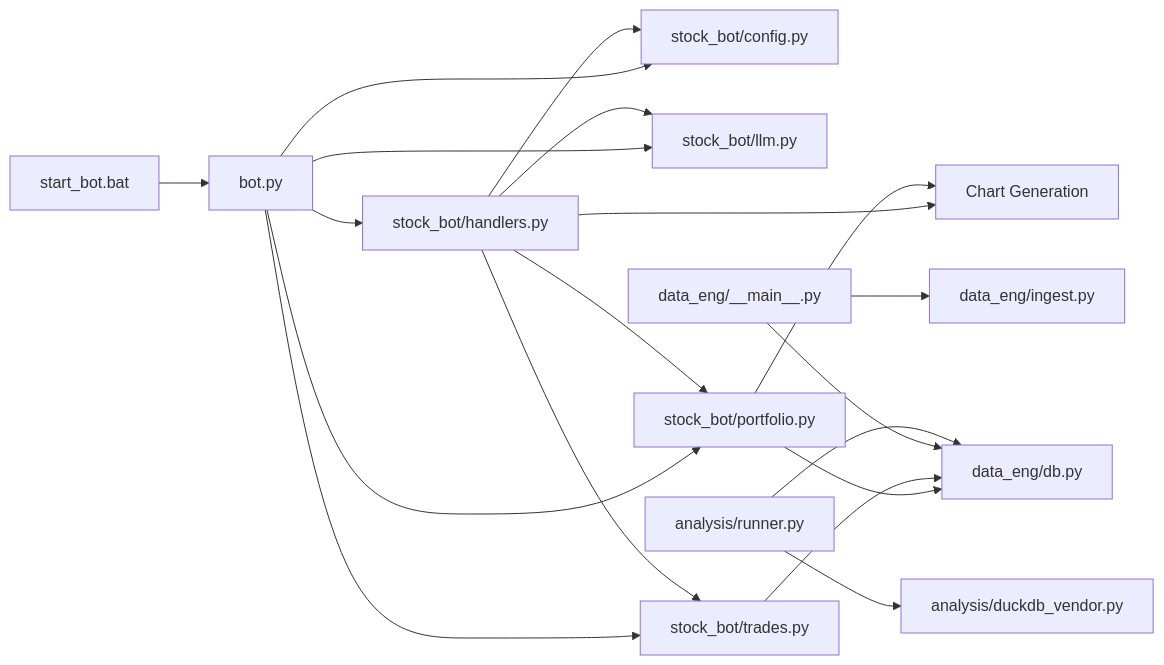
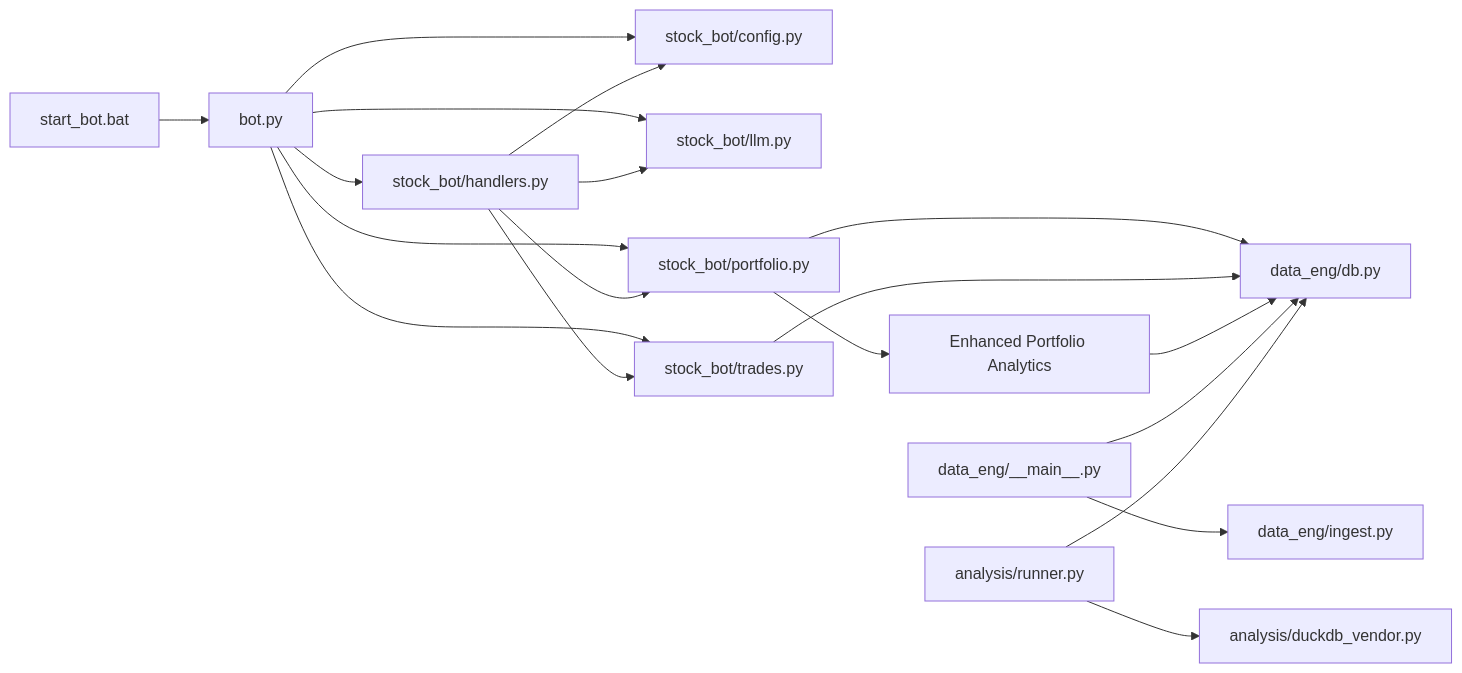
The seventh of 7 diagrams in .qoder/repowiki/en/content/Core Components/Stock Trading Bot.md (ZengSeng/telegram-bot), drawn with Mermaid before and after one commit. The commit also changed other lines of this file and 10 other files, not shown here.

````diff
--- a/.qoder/repowiki/en/content/Core Components/Stock Trading Bot.md
+++ b/.qoder/repowiki/en/content/Core Components/Stock Trading Bot.md
@@ -541,21 +656,21 @@
 ```mermaid
 graph LR
 BOT["bot.py"] --> HANDLERS["stock_bot/handlers.py"]
 BOT --> CFG["stock_bot/config.py"]
 BOT --> LLM["stock_bot/llm.py"]
 BOT --> PORTFOLIO["stock_bot/portfolio.py"]
 BOT --> TRADES["stock_bot/trades.py"]
 HANDLERS --> PORTFOLIO
 HANDLERS --> TRADES
 HANDLERS --> LLM
 HANDLERS --> CFG
-HANDLERS --> CHARTS["Chart Generation"]
+PORTFOLIO --> PORTFOLIO_ANALYTICS["Enhanced Portfolio Analytics"]
 PORTFOLIO --> DB["data_eng/db.py"]
 TRADES --> DB
-PORTFOLIO --> CHARTS
+PORTFOLIO_ANALYTICS --> DB
 DATA_MAIN["data_eng/__main__.py"] --> INGEST["data_eng/ingest.py"]
 DATA_MAIN --> DB
 ANALYSIS_RUNNER["analysis/runner.py"] --> DUCK["analysis/duckdb_vendor.py"]
 ANALYSIS_RUNNER --> DB
 STARTBAT["start_bot.bat"] --> BOT
 ```
````
